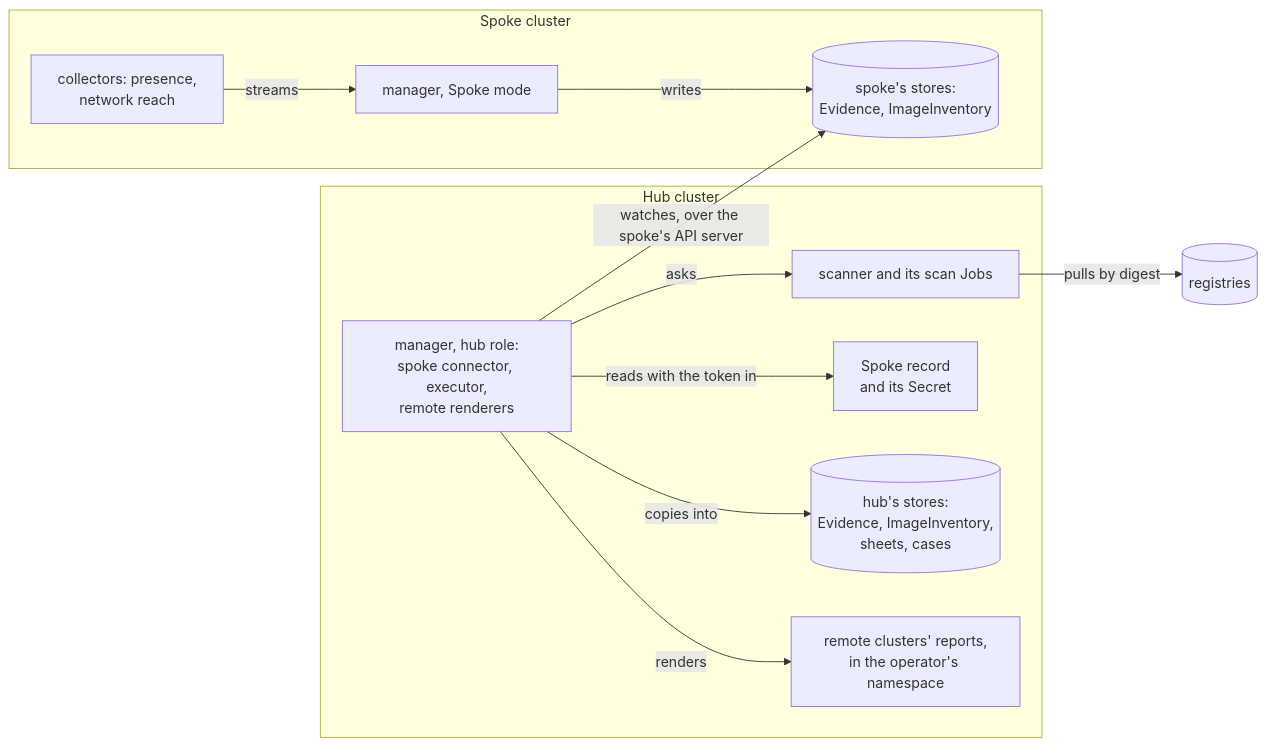
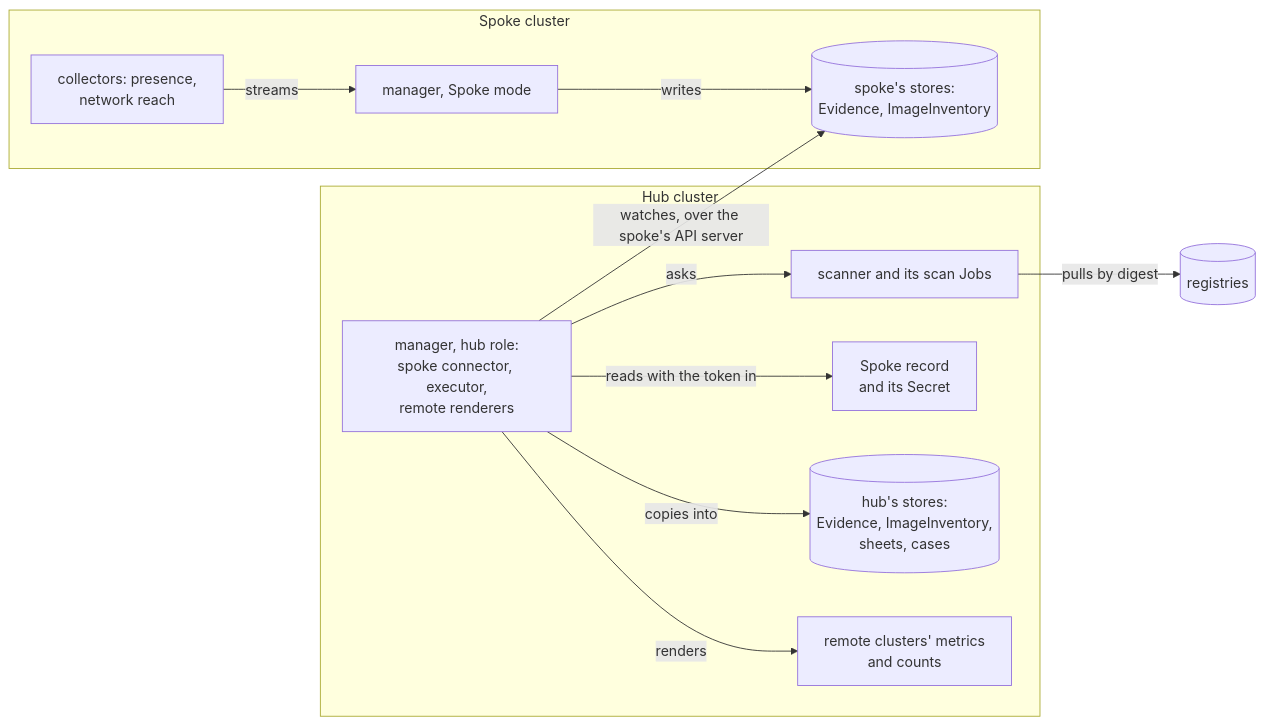
Before and after one commit to bedag/vexplain: the first of 2 diagrams in docs/design/2026-11-23-remote-spokes.md, drawn with Mermaid. The commit also changed other lines of this file and 9 other files, not shown here.

First line of the commit message:
docs: remote clusters get metrics only

````diff
--- a/docs/design/2026-11-23-remote-spokes.md
+++ b/docs/design/2026-11-23-remote-spokes.md
@@ -203,24 +206,24 @@
 ```mermaid
 flowchart LR
   subgraph HUB[Hub cluster]
     HM[manager, hub role:<br/>spoke connector, executor,<br/>remote renderers]
     SC[scanner and its scan Jobs]
     SP[Spoke record<br/>and its Secret]
     HS[(hub's stores:<br/>Evidence, ImageInventory,<br/>sheets, cases)]
-    RR[remote clusters' reports,<br/>in the operator's namespace]
+    RR[remote clusters' metrics<br/>and counts]
   end
   subgraph SPOKE[Spoke cluster]
     SM[manager, Spoke mode]
     C[collectors: presence,<br/>network reach]
     SS[(spoke's stores:<br/>Evidence, ImageInventory)]
   end
   REG[(registries)]
   C -->|streams| SM
   SM -->|writes| SS
   HM -->|reads with the token in| SP
   HM -->|watches, over the spoke's API server| SS
   HM -->|copies into| HS
   HM -->|asks| SC
   SC -->|pulls by digest| REG
   HM -->|renders| RR
 ```
````
